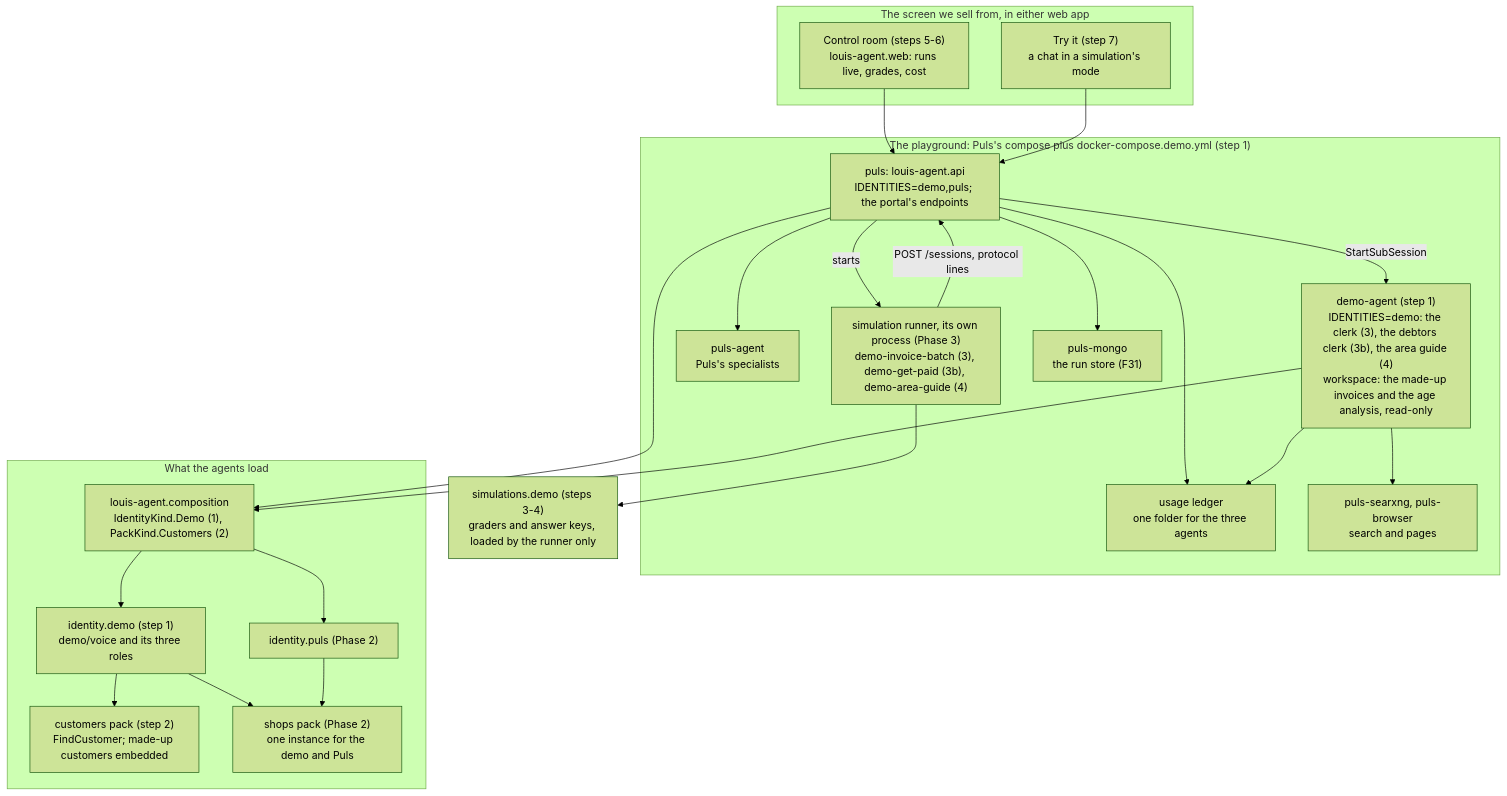
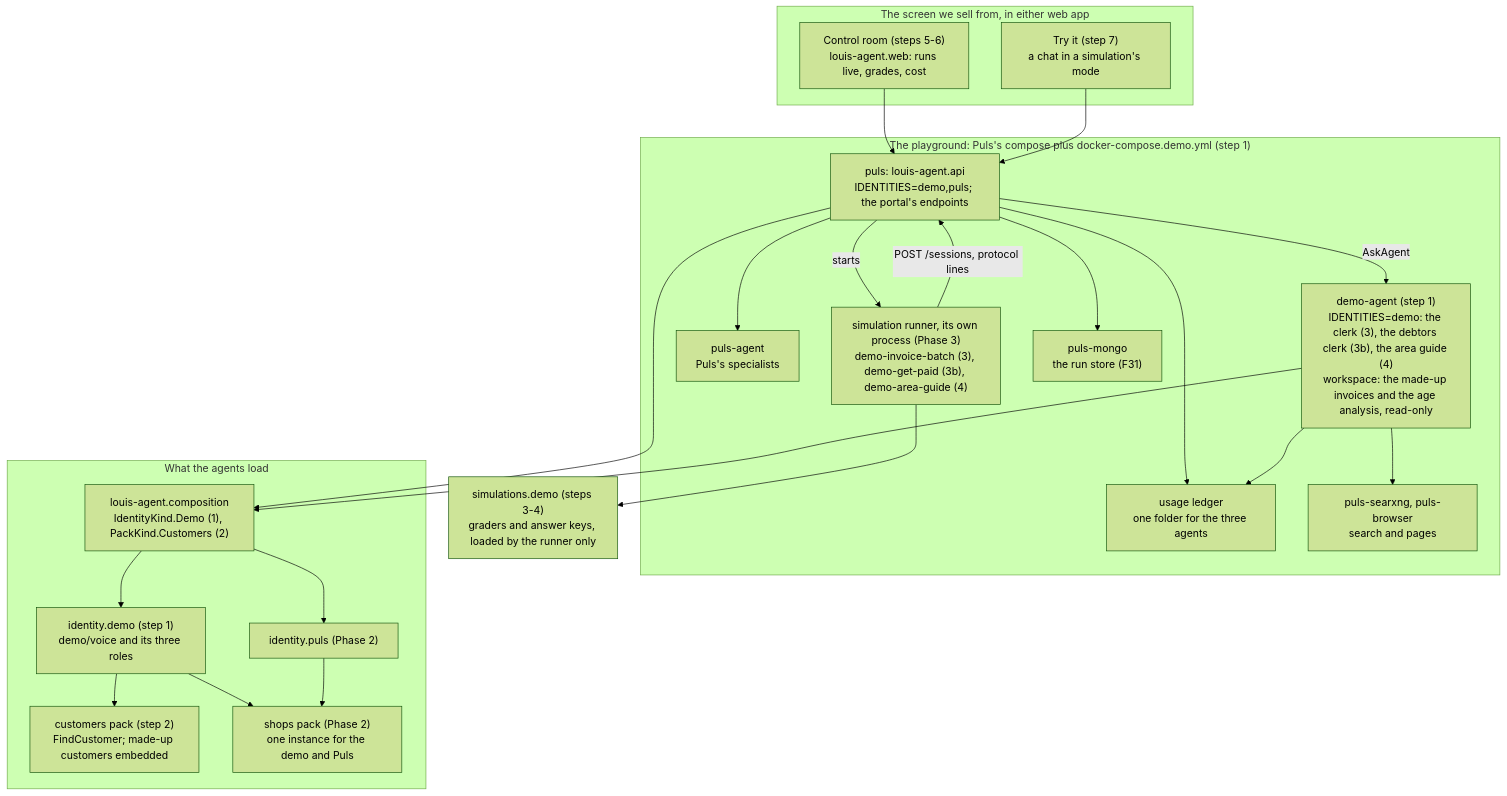
The first of 4 diagrams in src/docs/plans/F40-sales-playground.md (bosbevk/louis-agent), drawn with Mermaid (forest theme) before and after one commit. The commit also changed other lines of this file and 35 other files, not shown here.

First line of the commit message:
docs(f127.3.1): step 12 - the docs say AskAgent, ADR 0117 settled, the plan folded

````diff
--- a/src/docs/plans/F40-sales-playground.md
+++ b/src/docs/plans/F40-sales-playground.md
@@ -230,42 +230,42 @@
 ```mermaid
 flowchart TB
     subgraph screen["The screen we sell from, in either web app"]
         room["Control room (steps 5-6)<br/>louis-agent.web: runs live, grades, cost"]
         tryit["Try it (step 7)<br/>a chat in a simulation's mode"]
     end
     subgraph stack["The playground: Puls's compose plus docker-compose.demo.yml (step 1)"]
         api["puls: louis-agent.api<br/>IDENTITIES=demo,puls; the portal's endpoints"]
         runner["simulation runner, its own process (Phase 3)<br/>demo-invoice-batch (3), demo-get-paid (3b), demo-area-guide (4)"]
         pagent["puls-agent<br/>Puls's specialists"]
         dagent["demo-agent (step 1)<br/>IDENTITIES=demo: the clerk (3), the debtors clerk (3b), the area guide (4)<br/>workspace: the made-up invoices and the age analysis, read-only"]
         store["puls-mongo<br/>the run store (F31)"]
         ledger["usage ledger<br/>one folder for the three agents"]
         web["puls-searxng, puls-browser<br/>search and pages"]
     end
     subgraph code["What the agents load"]
         comp["louis-agent.composition<br/>IdentityKind.Demo (1), PackKind.Customers (2)"]
         demo["identity.demo (step 1)<br/>demo/voice and its three roles"]
         cust["customers pack (step 2)<br/>FindCustomer; made-up customers embedded"]
         shops["shops pack (Phase 2)<br/>one instance for the demo and Puls"]
         puls["identity.puls (Phase 2)"]
     end
     sims["simulations.demo (steps 3-4)<br/>graders and answer keys, loaded by the runner only"]
     room --> api
     tryit --> api
     api -->|"starts"| runner
     runner -->|"POST /sessions, protocol lines"| api
     runner --> sims
-    api -->|"StartSubSession"| dagent
+    api -->|"AskAgent"| dagent
     api --> pagent
     api --> store
     api --> ledger
     dagent --> ledger
     dagent --> web
     api --> comp
     dagent --> comp
     comp --> demo
     comp --> puls
     demo --> cust
     demo --> shops
     puls --> shops
 ```
````
